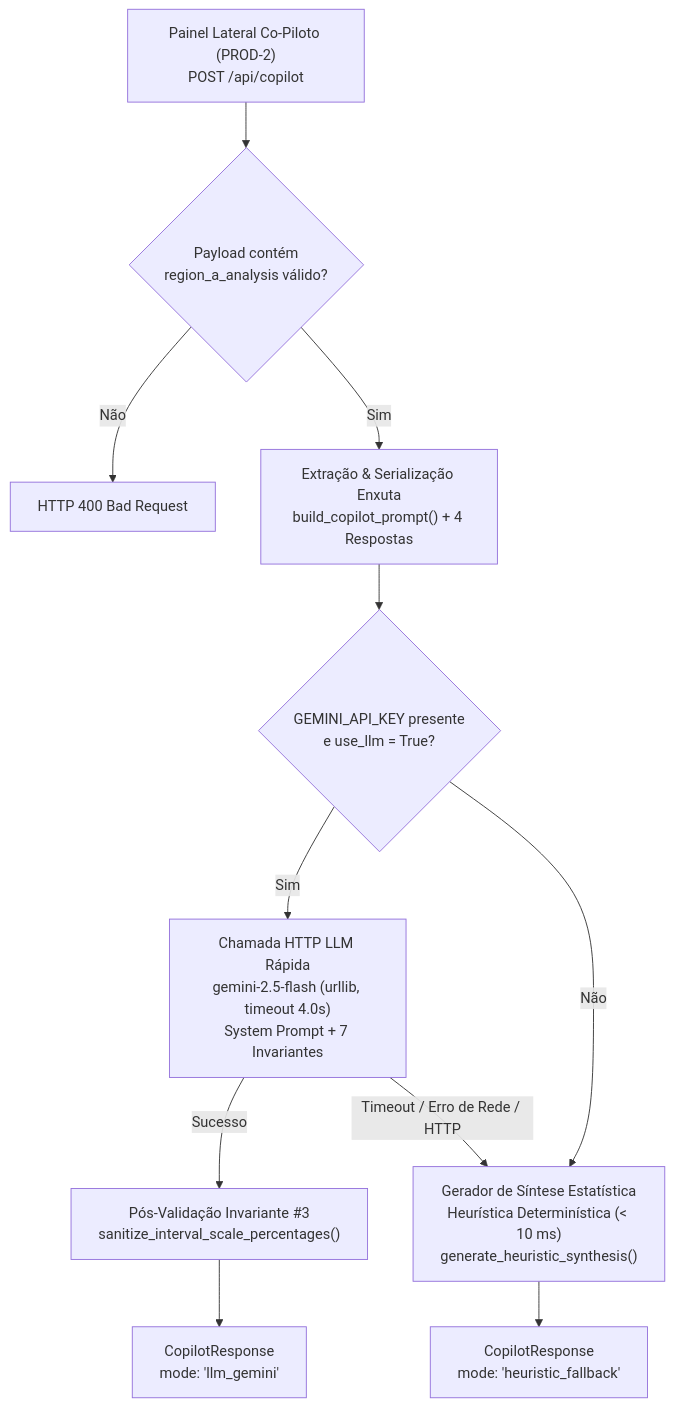
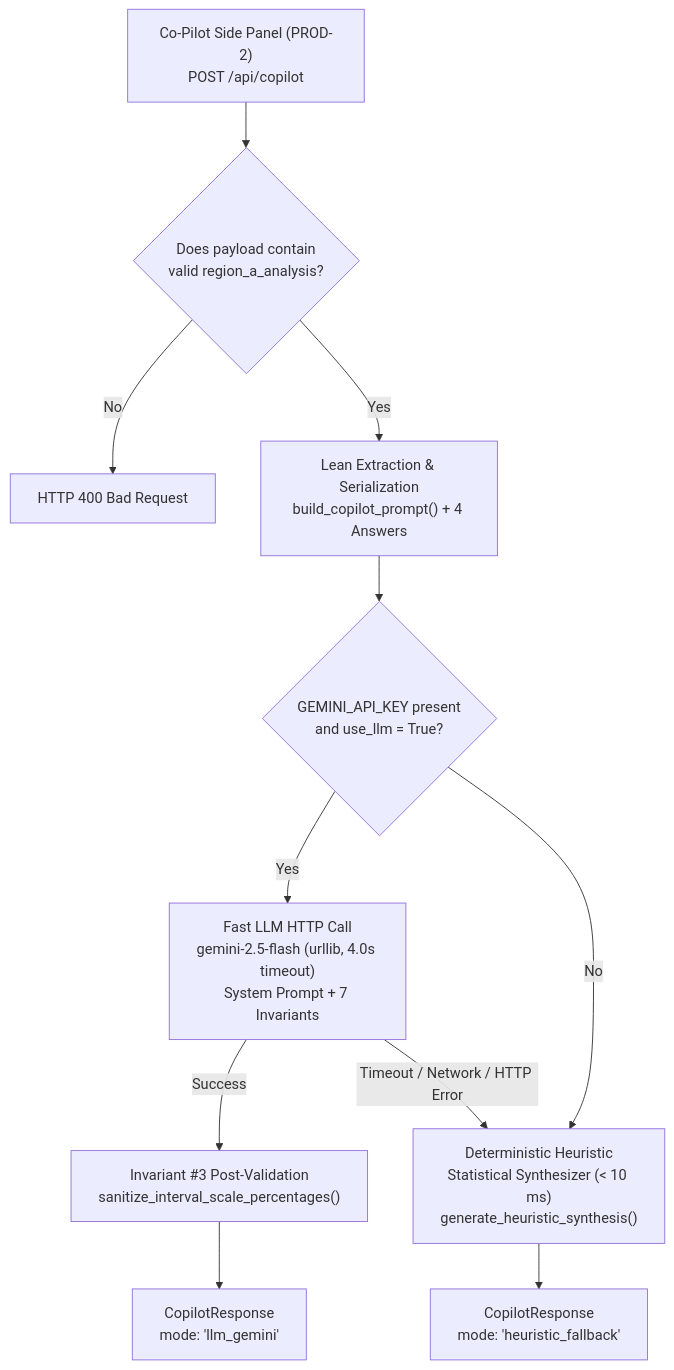
One commit to felpmrts/earth-system-detective-fliflop-34 changed the diagram in context/knowledge_base_estatistica/07_ARQUITETURA_E_PROMPT_COPILOTO.md. Above: the diagram before and after it, drawn with Mermaid. The commit also changed other lines of this file and 114 other files, not shown here.

````diff
--- a/context/knowledge_base_estatistica/07_ARQUITETURA_E_PROMPT_COPILOTO.md
+++ b/context/knowledge_base_estatistica/07_ARQUITETURA_E_PROMPT_COPILOTO.md
@@ -14,15 +14,15 @@
 ```mermaid
 flowchart TD
-    UI["Painel Lateral Co-Piloto (PROD-2)<br/>POST /api/copilot"] --> VAL{"Payload contém<br/>region_a_analysis válido?"}
-    VAL -- Não --> ERR["HTTP 400 Bad Request"]
-    VAL -- Sim --> CTX["Extração & Serialização Enxuta<br/>build_copilot_prompt() + 4 Respostas"]
+    UI["Co-Pilot Side Panel (PROD-2)<br/>POST /api/copilot"] --> VAL{"Does payload contain<br/>valid region_a_analysis?"}
+    VAL -- No --> ERR["HTTP 400 Bad Request"]
+    VAL -- Yes --> CTX["Lean Extraction & Serialization<br/>build_copilot_prompt() + 4 Answers"]
 
-    CTX --> KEY{"GEMINI_API_KEY presente<br/>e use_llm = True?"}
-    KEY -- Sim --> LLM["Chamada HTTP LLM Rápida<br/>gemini-2.5-flash (urllib, timeout 4.0s)<br/>System Prompt + 7 Invariantes"]
-    LLM -- Sucesso --> GUARD["Pós-Validação Invariante #3<br/>sanitize_interval_scale_percentages()"]
+    CTX --> KEY{"GEMINI_API_KEY present<br/>and use_llm = True?"}
+    KEY -- Yes --> LLM["Fast LLM HTTP Call<br/>gemini-2.5-flash (urllib, 4.0s timeout)<br/>System Prompt + 7 Invariants"]
+    LLM -- Success --> GUARD["Invariant #3 Post-Validation<br/>sanitize_interval_scale_percentages()"]
     GUARD --> RES_LLM["CopilotResponse<br/>mode: 'llm_gemini'"]
 
-    KEY -- Não --> HEUR["Gerador de Síntese Estatística<br/>Heurística Determinística (< 10 ms)<br/>generate_heuristic_synthesis()"]
-    LLM -- Timeout / Erro de Rede / HTTP --> HEUR
+    KEY -- No --> HEUR["Deterministic Heuristic<br/>Statistical Synthesizer (< 10 ms)<br/>generate_heuristic_synthesis()"]
+    LLM -- Timeout / Network / HTTP Error --> HEUR
     HEUR --> RES_H["CopilotResponse<br/>mode: 'heuristic_fallback'"]
 ```
````
